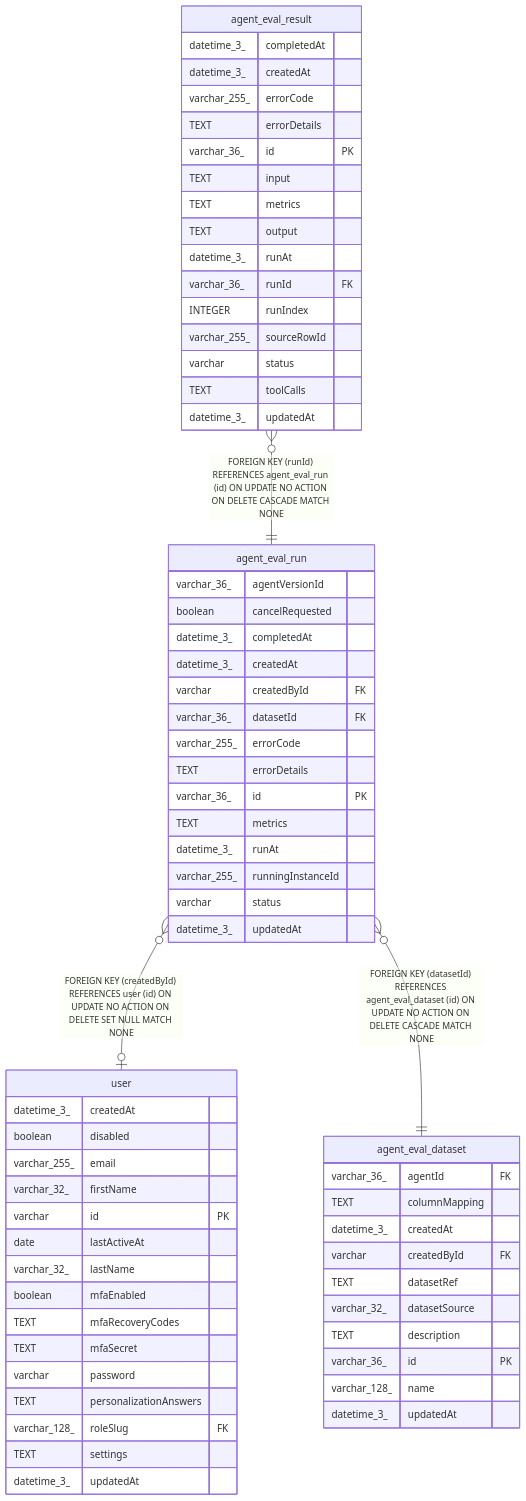
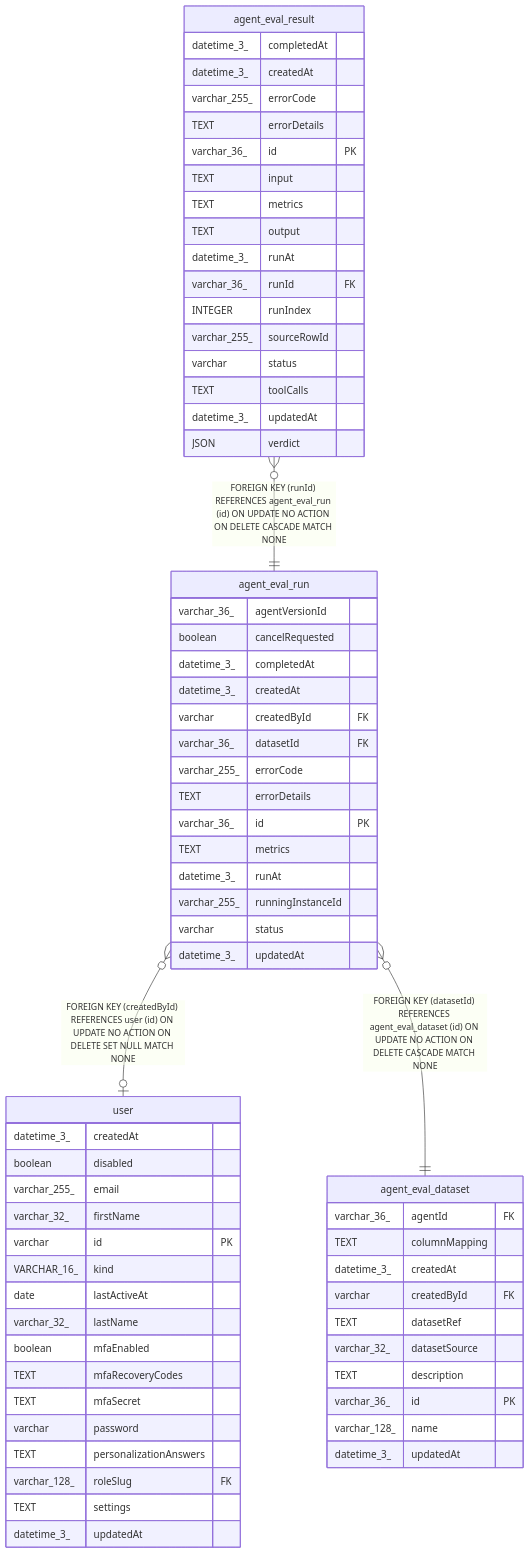
Before and after one commit to sreent/n8n: the diagram in docs/generated/sqlite-schema/agent_eval_run.md, drawn with Mermaid. The commit also changed 7993 other files, not shown here.

````diff
--- a/docs/generated/sqlite-schema/agent_eval_run.md
+++ b/docs/generated/sqlite-schema/agent_eval_run.md
@@ -52,70 +52,72 @@
 ```mermaid
 erDiagram
 
 "agent_eval_run" }o--o| "user" : "FOREIGN KEY (createdById) REFERENCES user (id) ON UPDATE NO ACTION ON DELETE SET NULL MATCH NONE"
 "agent_eval_run" }o--|| "agent_eval_dataset" : "FOREIGN KEY (datasetId) REFERENCES agent_eval_dataset (id) ON UPDATE NO ACTION ON DELETE CASCADE MATCH NONE"
 "agent_eval_result" }o--|| "agent_eval_run" : "FOREIGN KEY (runId) REFERENCES agent_eval_run (id) ON UPDATE NO ACTION ON DELETE CASCADE MATCH NONE"
 
 "agent_eval_run" {
   varchar_36_ agentVersionId
   boolean cancelRequested
   datetime_3_ completedAt
   datetime_3_ createdAt
   varchar createdById FK
   varchar_36_ datasetId FK
   varchar_255_ errorCode
   TEXT errorDetails
   varchar_36_ id PK
   TEXT metrics
   datetime_3_ runAt
   varchar_255_ runningInstanceId
   varchar status
   datetime_3_ updatedAt
 }
 "user" {
   datetime_3_ createdAt
   boolean disabled
   varchar_255_ email
   varchar_32_ firstName
   varchar id PK
+  VARCHAR_16_ kind
   date lastActiveAt
   varchar_32_ lastName
   boolean mfaEnabled
   TEXT mfaRecoveryCodes
   TEXT mfaSecret
   varchar password
   TEXT personalizationAnswers
   varchar_128_ roleSlug FK
   TEXT settings
   datetime_3_ updatedAt
 }
 "agent_eval_dataset" {
   varchar_36_ agentId FK
   TEXT columnMapping
   datetime_3_ createdAt
   varchar createdById FK
   TEXT datasetRef
   varchar_32_ datasetSource
   TEXT description
   varchar_36_ id PK
   varchar_128_ name
   datetime_3_ updatedAt
 }
 "agent_eval_result" {
   datetime_3_ completedAt
   datetime_3_ createdAt
   varchar_255_ errorCode
   TEXT errorDetails
   varchar_36_ id PK
   TEXT input
   TEXT metrics
   TEXT output
   datetime_3_ runAt
   varchar_36_ runId FK
   INTEGER runIndex
   varchar_255_ sourceRowId
   varchar status
   TEXT toolCalls
   datetime_3_ updatedAt
+  JSON verdict
 }
 ```
````
